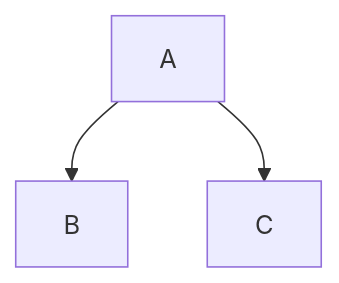
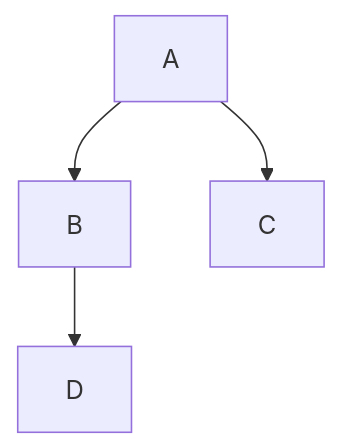
The diagram in README.md (AlanHeslop/examprep), drawn with Mermaid before and after one commit.

````diff
--- a/README.md
+++ b/README.md
@@ -88,5 +88,6 @@
 ```mermaid
 graph TD;
     A-->B;
     A-->C;
+    B-->D;
 ```
````
